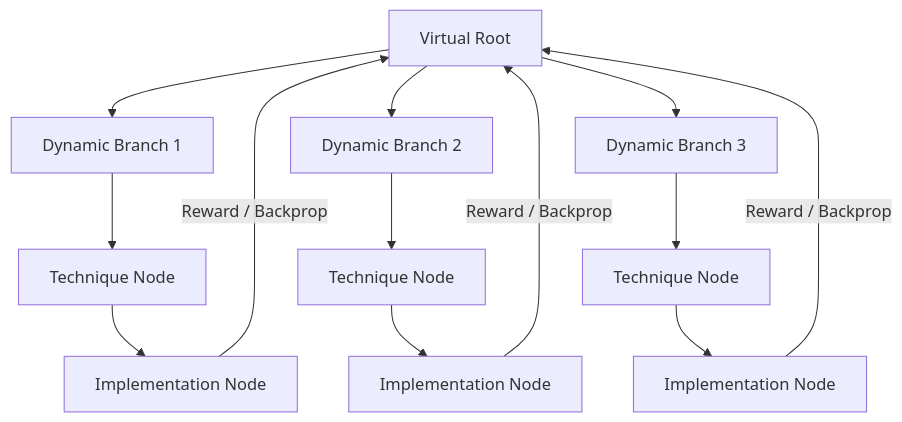
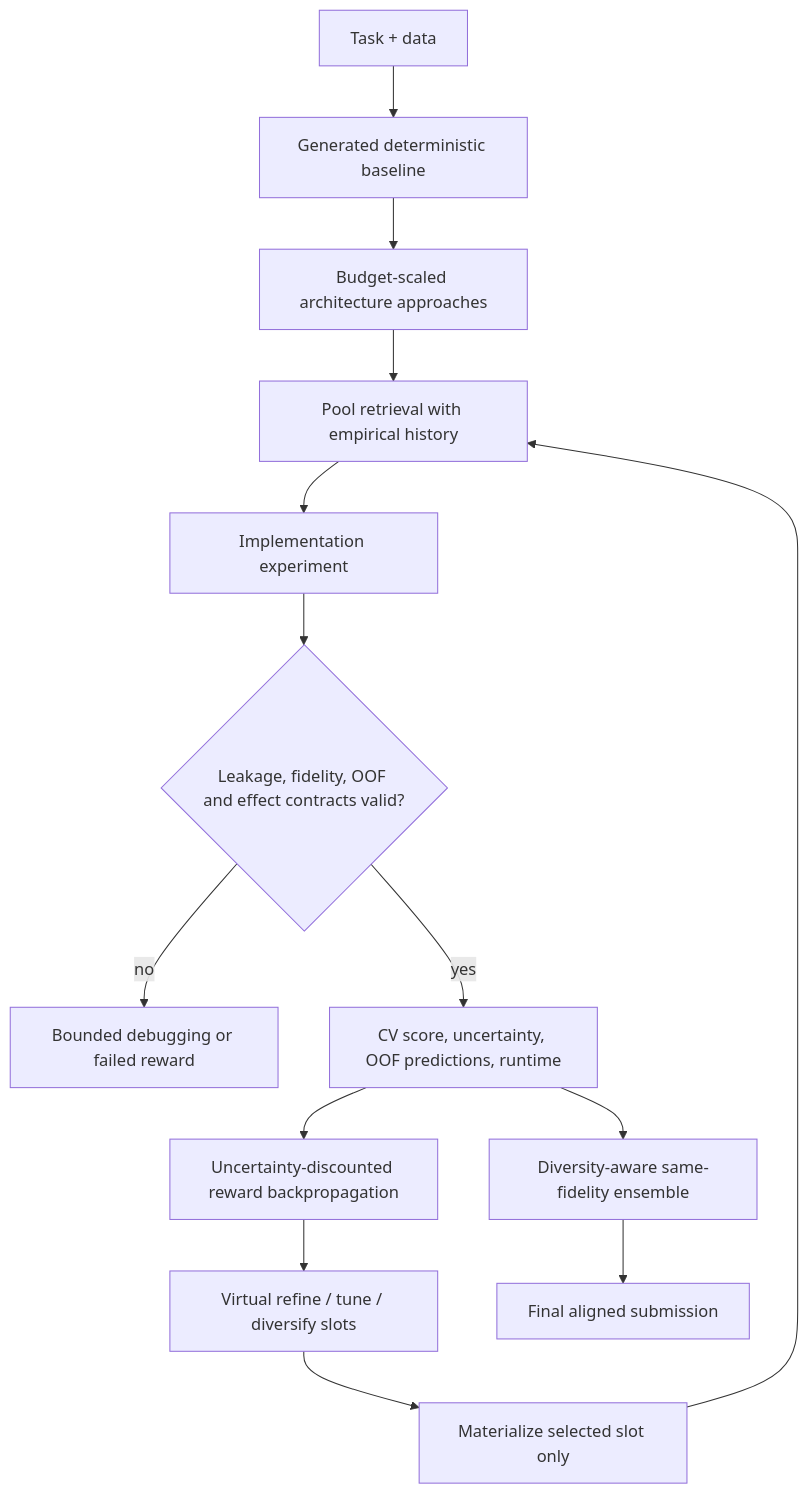
The diagram in README.md (Alden-Jenish-S/AI-Build-AI), drawn with Mermaid before and after one commit. The commit also changed other lines of this file and 39 other files, not shown here.

````diff
--- a/README.md
+++ b/README.md
@@ -11,19 +21,16 @@
 ```mermaid
-graph TD
-    Root[Virtual Root] --> A["Dynamic Branch 1"]
-    Root --> B["Dynamic Branch 2"]
-    Root --> C["Dynamic Branch 3"]
-    
-    A --> TA[Technique Node]
-    TA --> IA[Implementation Node]
-    
-    B --> TB[Technique Node]
-    TB --> IB[Implementation Node]
-    
-    C --> TC[Technique Node]
-    TC --> IC[Implementation Node]
-    
-    IA -- Reward / Backprop --> Root
-    IB -- Reward / Backprop --> Root
-    IC -- Reward / Backprop --> Root
+flowchart TD
+    T[Task + data] --> B[Generated deterministic baseline]
+    B --> I[Budget-scaled architecture approaches]
+    I --> M[Pool retrieval with empirical history]
+    M --> E[Implementation experiment]
+    E --> G{Leakage, fidelity, OOF and effect contracts valid?}
+    G -- no --> D[Bounded debugging or failed reward]
+    G -- yes --> R[CV score, uncertainty, OOF predictions, runtime]
+    R --> U[Uncertainty-discounted reward backpropagation]
+    U --> P[Virtual refine / tune / diversify slots]
+    P --> L[Materialize selected slot only]
+    L --> M
+    R --> A[Diversity-aware same-fidelity ensemble]
+    A --> S[Final aligned submission]
 ```
````
